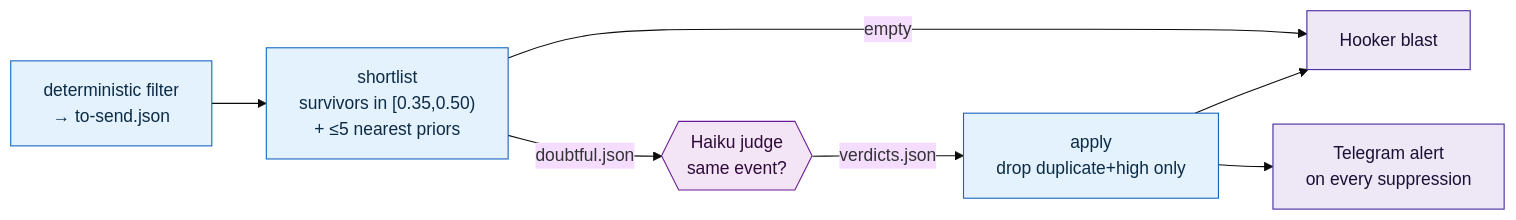
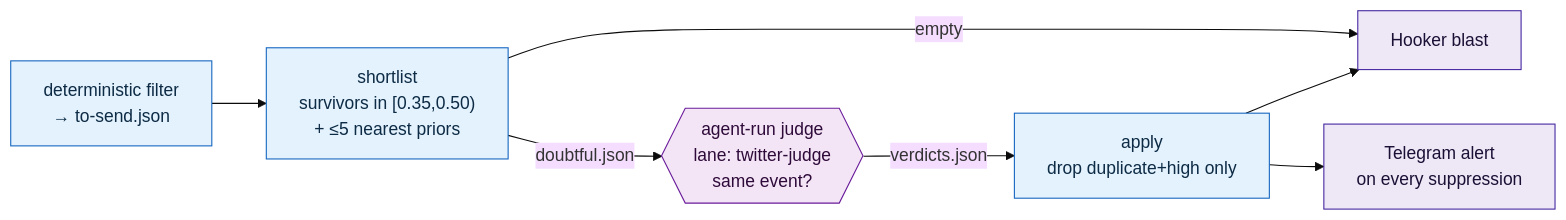
Before and after one commit to guzus/ai-research-arm: the third of 3 diagrams in docs/headline-dedupe.md, drawn with Mermaid (base theme). The commit also changed other lines of this file and 1 other file, not shown here.

````diff
--- a/docs/headline-dedupe.md
+++ b/docs/headline-dedupe.md
@@ -167,12 +171,12 @@
 ```mermaid
 flowchart LR
     FILTER["deterministic filter<br/>→ to-send.json"]:::proc --> SHORT["shortlist<br/>survivors in [0.35,0.50)<br/>+ ≤5 nearest priors"]:::proc
     SHORT -->|empty| BLAST
-    SHORT -->|"doubtful.json"| JUDGE{{"Haiku judge<br/>same event?"}}:::model
+    SHORT -->|"doubtful.json"| JUDGE{{"agent-run judge<br/>lane: twitter-judge<br/>same event?"}}:::model
     JUDGE -->|"verdicts.json"| APPLY["apply<br/>drop duplicate+high only"]:::proc
     APPLY --> ALERT["Telegram alert<br/>on every suppression"]:::io
     APPLY --> BLAST["Hooker blast"]:::io
     classDef proc fill:#e3f2fd,stroke:#1565c0,color:#0d2b45;
     classDef model fill:#f3e5f5,stroke:#6a1b9a,color:#2e0a3a;
     classDef io fill:#ede7f6,stroke:#4527a0,color:#1a1035;
 ```
````
